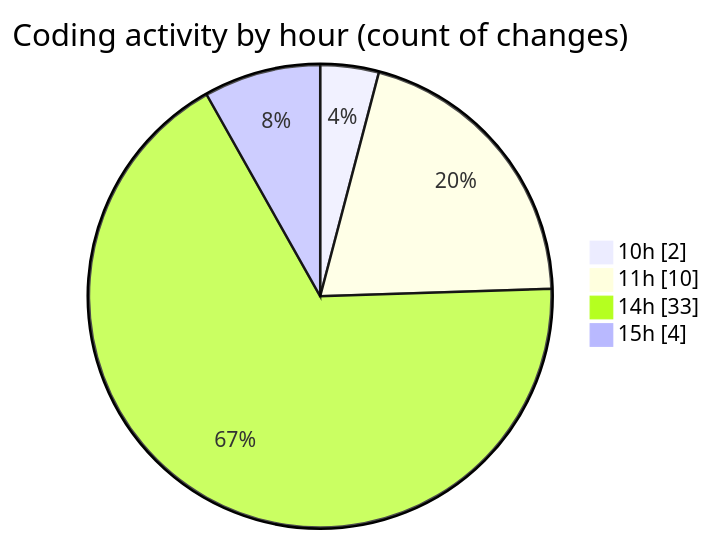
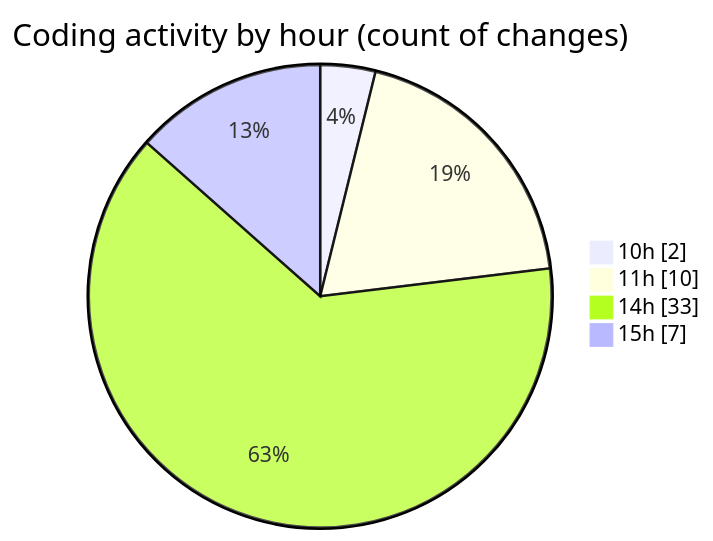
One commit to idhammustaqopulfikri/code-tracking changed the second of 2 diagrams in 2025-06-02/studio-backend/README.md. Above: the diagram before and after it, drawn with Mermaid. The commit also changed other lines of this file and 1 other file, not shown here.

````diff
--- a/2025-06-02/studio-backend/README.md
+++ b/2025-06-02/studio-backend/README.md
@@ -41,8 +42,8 @@
 ```mermaid
 pie showData
 title Coding activity by hour (count of changes)
 "10h" : 2
 "11h" : 10
 "14h" : 33
-"15h" : 4
+"15h" : 7
 ```
````
